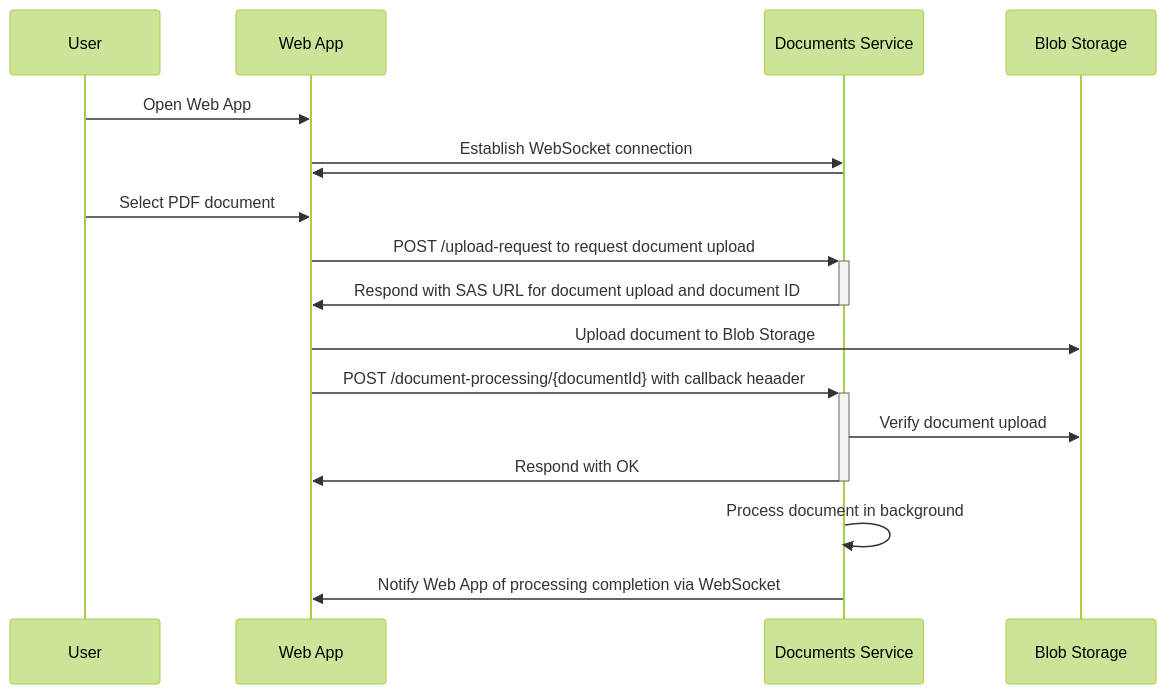
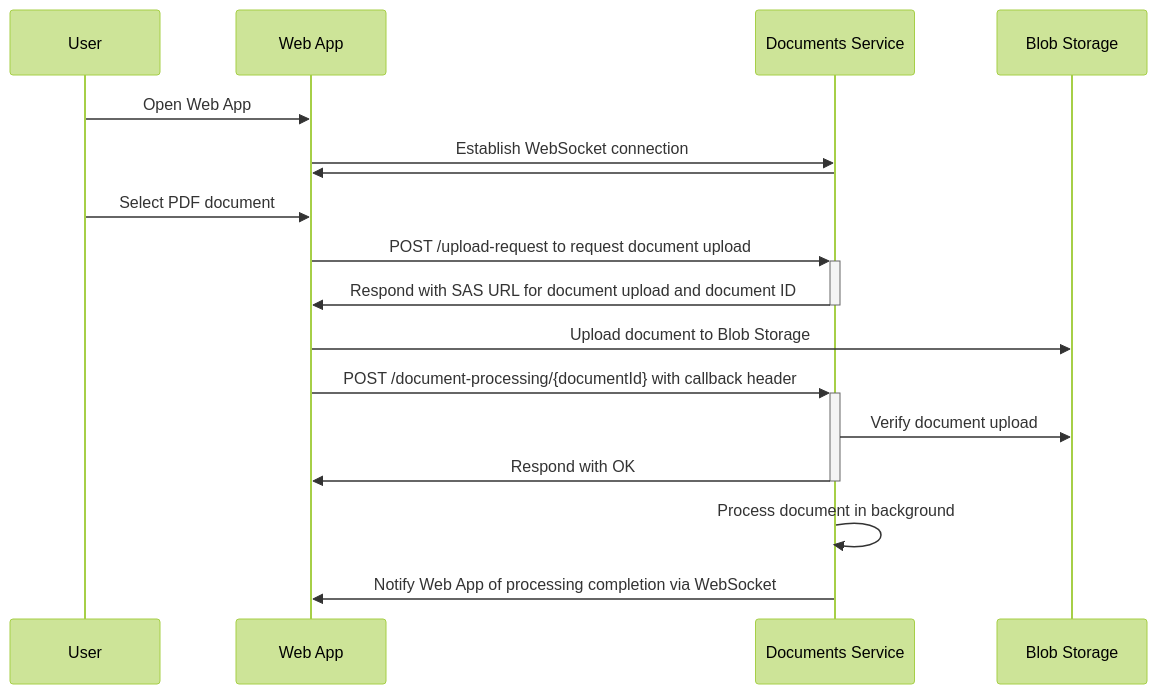
One commit to gianvitodifilippo/DTasks changed the diagram in samples/DocumentProcessing/README.md. Above: the diagram before and after it, drawn with Mermaid (forest theme). The commit also changed other lines of this file, not shown here.

````diff
--- a/samples/DocumentProcessing/README.md
+++ b/samples/DocumentProcessing/README.md
@@ -17,24 +17,24 @@
 ```mermaid
 sequenceDiagram
     participant User as User
     participant WebApp as Web App
     participant Documents as Documents Service
     participant BlobStorage as Blob Storage
 
     User->>WebApp: Open Web App
     WebApp->>Documents: Establish WebSocket connection
-    Documents->>WebApp: 
+    Documents->>WebApp:
 
     User->>WebApp: Select PDF document
     WebApp->>+Documents: POST /upload-request to request document upload
     Documents->>-WebApp: Respond with SAS URL for document upload and document ID
 
     WebApp->>BlobStorage: Upload document to Blob Storage
 
-    WebApp->>+Documents: POST /document-processing/{documentId} with callback heaader
+    WebApp->>+Documents: POST /document-processing/{documentId} with callback header
     Documents->>BlobStorage: Verify document upload
     Documents->>-WebApp: Respond with OK
 
     Documents->>Documents: Process document in background
     Documents->>WebApp: Notify Web App of processing completion via WebSocket
 ```
````
